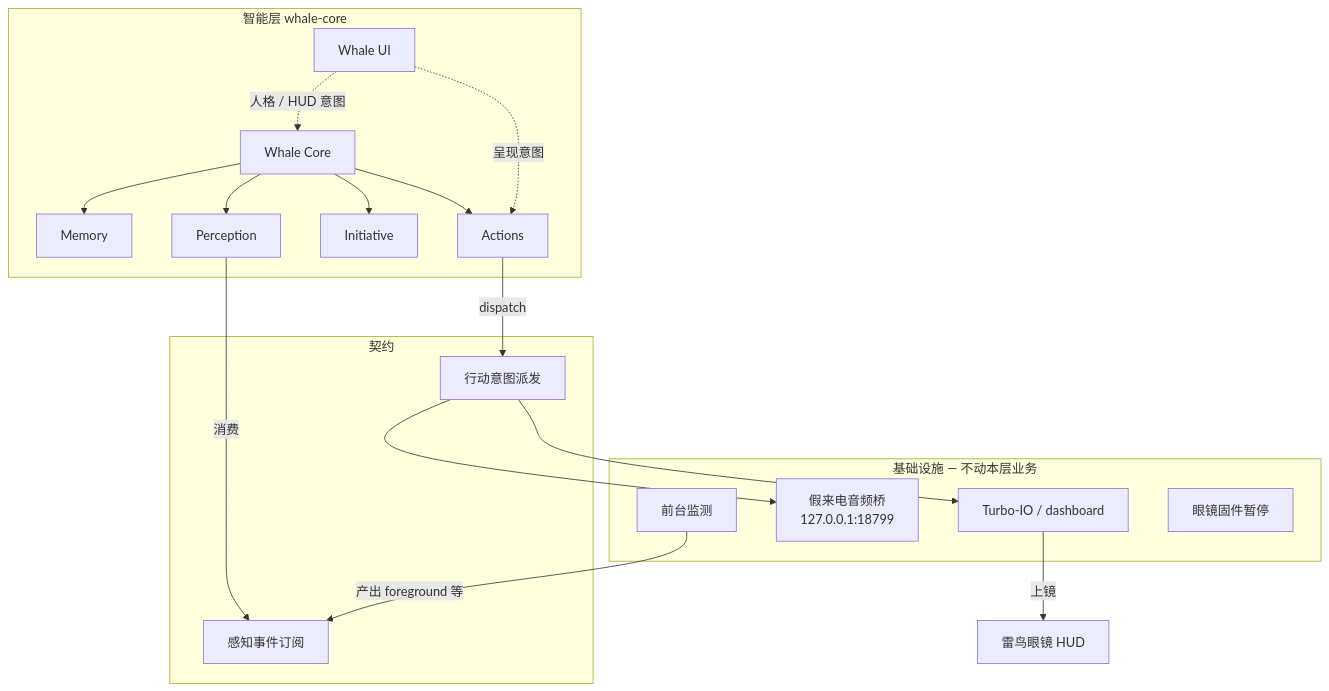
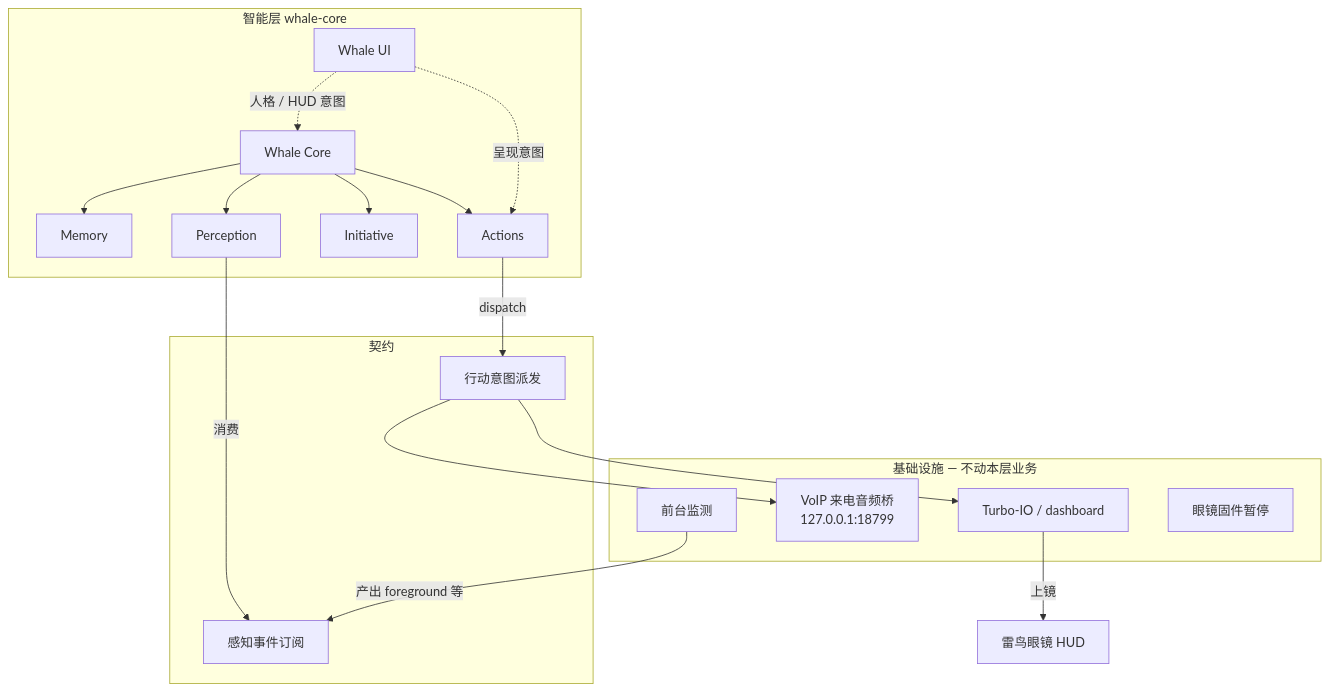
One commit to amwangfan/whale-io changed the first of 2 diagrams in docs/architecture.md. Above: the diagram before and after it, drawn with Mermaid. The commit also changed other lines of this file and 17 other files, not shown here.

````diff
--- a/docs/architecture.md
+++ b/docs/architecture.md
@@ -35,36 +35,36 @@
 ```mermaid
 flowchart TB
   subgraph intel [智能层 whale-core]
     CORE[Whale Core]
     MEM[Memory]
     PER[Perception]
     INI[Initiative]
     ACT[Actions]
     UI[Whale UI]
     CORE --> MEM
     CORE --> PER
     CORE --> INI
     CORE --> ACT
     UI -.->|人格 / HUD 意图| CORE
     UI -.->|呈现意图| ACT
   end
 
   subgraph contract [契约]
     EV[感知事件订阅]
     INT[行动意图派发]
   end
 
   subgraph infra [基础设施 — 不动本层业务]
     DASH[Turbo-IO / dashboard]
-    BRIDGE[假来电音频桥<br/>127.0.0.1:18799]
+    BRIDGE[VoIP 来电音频桥<br/>127.0.0.1:18799]
     MON[前台监测]
     FW[眼镜固件暂停]
   end
 
   PER -->|消费| EV
   MON -->|产出 foreground 等| EV
   ACT -->|dispatch| INT
   INT --> DASH
   INT --> BRIDGE
   DASH -->|上镜| GLASS[雷鸟眼镜 HUD]
 ```
````
